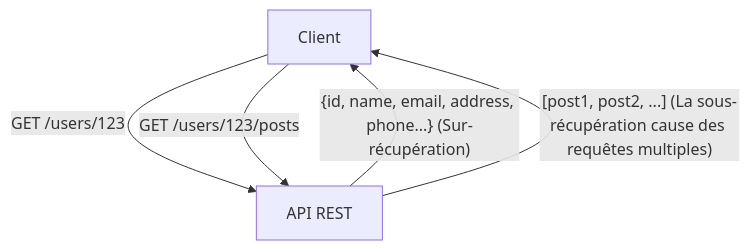
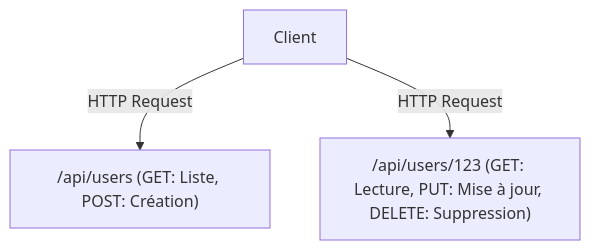
One commit to kenjinote/blog changed the diagram in content/post/graphql-vs-rest-api-design/index.fr.md. Above: the diagram before and after it, drawn with Mermaid. The commit also changed other lines of this file and 69 other files, not shown here.

````diff
--- a/content/post/graphql-vs-rest-api-design/index.fr.md
+++ b/content/post/graphql-vs-rest-api-design/index.fr.md
@@ -47,7 +22,8 @@
 ```mermaid
-graph TD
-    A["Client"] -- "GET /users/123" --> B["API REST"]
-    B -- "{id, name, email, address, phone...} (Sur-récupération)" --> A
-    A -- "GET /users/123/posts" --> B
-    B -- "[post1, post2, ...] (La sous-récupération cause des requêtes multiples)" --> A
+flowchart TD
+    Client["Client"]
+    Users["/api/users (GET: Liste, POST: Création)"]
+    UserItem["/api/users/123 (GET: Lecture, PUT: Mise à jour, DELETE: Suppression)"]
+    Client -- "HTTP Request" --> Users
+    Client -- "HTTP Request" --> UserItem
 ```
````
